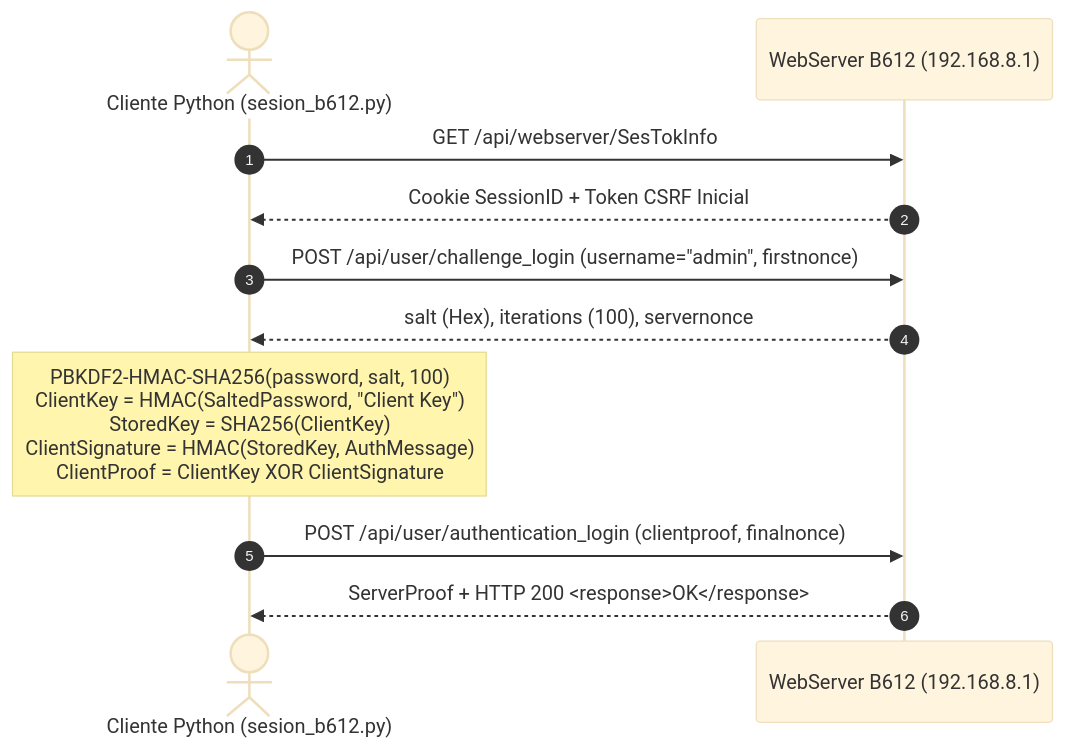
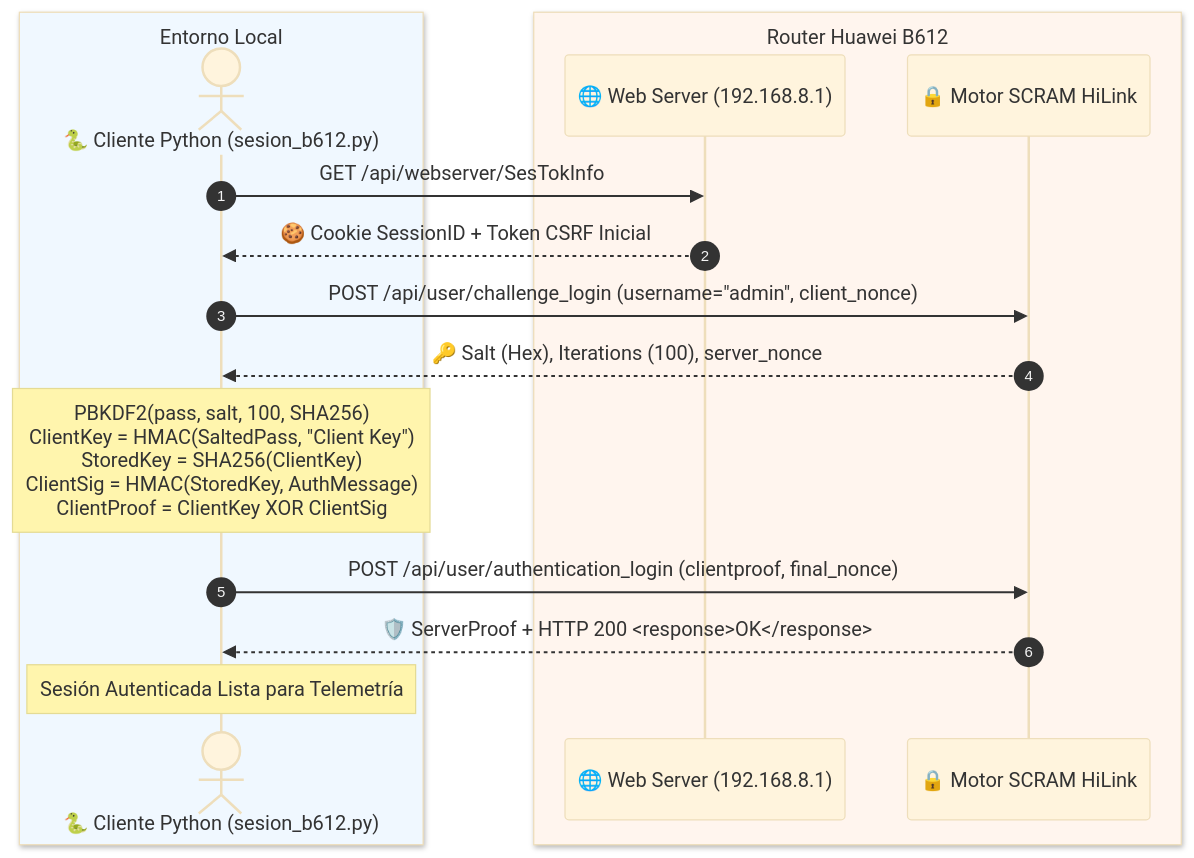
The second of 3 diagrams in README.md (davidarellano210322-glitch/huawei-b612-unlock), drawn with Mermaid (base theme) before and after one commit. The commit also changed other lines of this file, not shown here.

Commit message:
Upgrade README.md to premium presentation with ASCII banners, interactive sequences, and hardware pinout diagrams

````diff
--- a/README.md
+++ b/README.md
@@ -89,17 +109,23 @@
 ```mermaid
 sequenceDiagram
     autonumber
-    actor Cliente as Cliente Python (sesion_b612.py)
-    participant Router as WebServer B612 (192.168.8.1)
+    box rgb(240, 248, 255) Entorno Local
+    actor Script as 🐍 Cliente Python (sesion_b612.py)
+    end
+    box rgb(255, 245, 238) Router Huawei B612
+    participant HTTP as 🌐 Web Server (192.168.8.1)
+    participant Auth as 🔒 Motor SCRAM HiLink
+    end
 
-    Cliente->>Router: GET /api/webserver/SesTokInfo
-    Router-->>Cliente: Cookie SessionID + Token CSRF Inicial
+    Script->>HTTP: GET /api/webserver/SesTokInfo
+    HTTP-->>Script: 🍪 Cookie SessionID + Token CSRF Inicial
 
-    Cliente->>Router: POST /api/user/challenge_login (username="admin", firstnonce)
-    Router-->>Cliente: salt (Hex), iterations (100), servernonce
+    Script->>Auth: POST /api/user/challenge_login (username="admin", client_nonce)
+    Auth-->>Script: 🔑 Salt (Hex), Iterations (100), server_nonce
 
-    Note over Cliente: PBKDF2-HMAC-SHA256(password, salt, 100)<br/>ClientKey = HMAC(SaltedPassword, "Client Key")<br/>StoredKey = SHA256(ClientKey)<br/>ClientSignature = HMAC(StoredKey, AuthMessage)<br/>ClientProof = ClientKey XOR ClientSignature
+    Note over Script: PBKDF2(pass, salt, 100, SHA256)<br/>ClientKey = HMAC(SaltedPass, "Client Key")<br/>StoredKey = SHA256(ClientKey)<br/>ClientSig = HMAC(StoredKey, AuthMessage)<br/>ClientProof = ClientKey XOR ClientSig
 
-    Cliente->>Router: POST /api/user/authentication_login (clientproof, finalnonce)
-    Router-->>Cliente: ServerProof + HTTP 200 <response>OK</response>
+    Script->>Auth: POST /api/user/authentication_login (clientproof, final_nonce)
+    Auth-->>Script: 🛡️ ServerProof + HTTP 200 <response>OK</response>
+    Note over Script: Sesión Autenticada Lista para Telemetría
 ```
````
